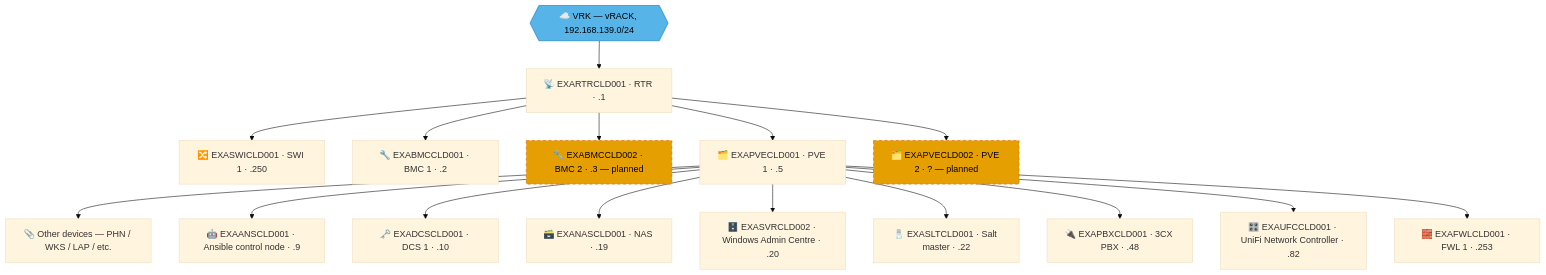
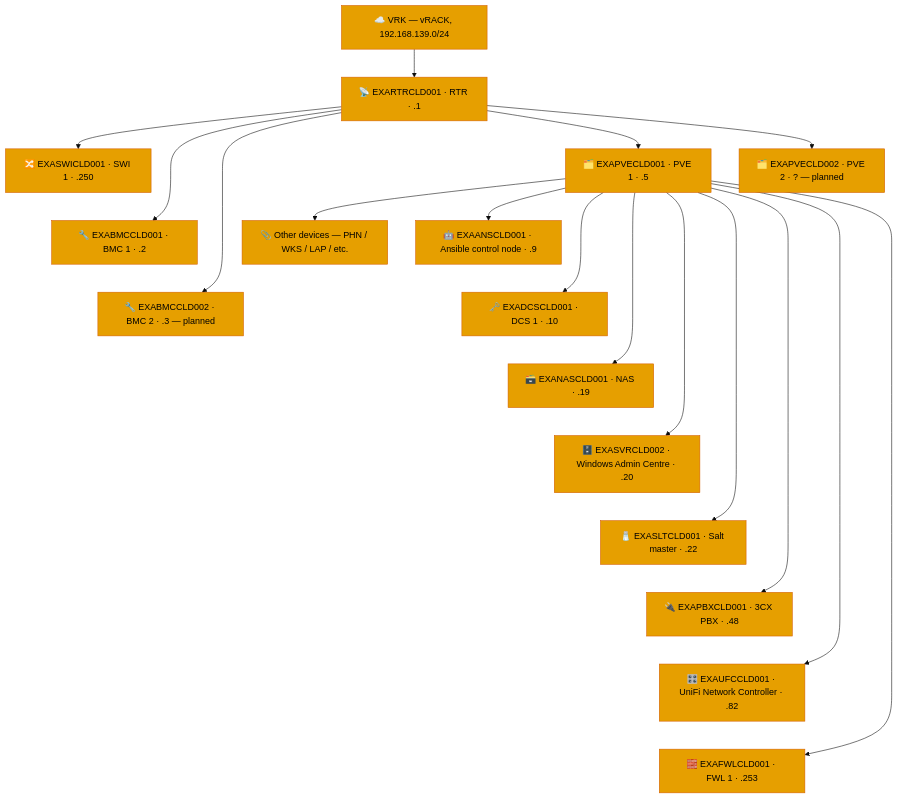
Before and after one commit to knightmare2600/example_music_infra: the second of 2 diagrams in docs/network-diagram/cld.md, drawn with Mermaid (base theme).

Commit message:
docs/network-diagram/cld.md: fix CLD topology sketch layout to stay narrow, not wide
Structure unchanged from the last confirmed-correct version. Added
invisible ranking edges (~~~) so BMC1/BMC2 and PVE1's whole fan-out
stack as vertical columns instead of spreading into one wide row --
matches how Robert actually drew it, avoids needing to zoom in/out to
read. Also dropped the hexagon shape on VRK and the dashed "planned"
borders -- neither was asked for, uniform plain boxes now like every
other node in the file.

````diff
--- a/docs/network-diagram/cld.md
+++ b/docs/network-diagram/cld.md
@@ -57,39 +57,61 @@
 ```mermaid
 graph TD
-    T_VRK{{"☁️ VRK — vRACK, 192.168.139.0/24"}}
+    T_VRK["☁️ VRK — vRACK, 192.168.139.0/24"]
     T_RTR["📡 EXARTRCLD001 · RTR · .1"]
     T_SWI["🔀 EXASWICLD001 · SWI 1 · .250"]
     T_BMC1["🔧 EXABMCCLD001 · BMC 1 · .2"]
     T_BMC2["🔧 EXABMCCLD002 · BMC 2 · .3 — planned"]
     T_PVE1["🗂️ EXAPVECLD001 · PVE 1 · .5"]
     T_PVE2["🗂️ EXAPVECLD002 · PVE 2 · ? — planned"]
     T_OTHER["📎 Other devices — PHN / WKS / LAP / etc."]
     T_ANS["🤖 EXAANSCLD001 · Ansible control node · .9"]
     T_DCS["🗝️ EXADCSCLD001 · DCS 1 · .10"]
     T_NAS["🗃️ EXANASCLD001 · NAS · .19"]
     T_SVR["🗄️ EXASVRCLD002 · Windows Admin Centre · .20"]
     T_SLT["🧂 EXASLTCLD001 · Salt master · .22"]
     T_PBX["🔌 EXAPBXCLD001 · 3CX PBX · .48"]
     T_UFC["🎛️ EXAUFCCLD001 · UniFi Network Controller · .82"]
     T_FWL["🧱 EXAFWLCLD001 · FWL 1 · .253"]
 
     T_VRK --> T_RTR
     T_RTR --> T_SWI
     T_RTR --> T_BMC1
     T_RTR --> T_BMC2
     T_RTR --> T_PVE1
     T_RTR --> T_PVE2
+    T_SWI ~~~ T_BMC1
+    T_BMC1 ~~~ T_BMC2
     T_PVE1 --> T_OTHER
     T_PVE1 --> T_ANS
+    T_ANS ~~~ T_DCS
     T_PVE1 --> T_DCS
+    T_DCS ~~~ T_NAS
     T_PVE1 --> T_NAS
+    T_NAS ~~~ T_SVR
     T_PVE1 --> T_SVR
+    T_SVR ~~~ T_SLT
     T_PVE1 --> T_SLT
+    T_SLT ~~~ T_PBX
     T_PVE1 --> T_PBX
+    T_PBX ~~~ T_UFC
     T_PVE1 --> T_UFC
+    T_UFC ~~~ T_FWL
     T_PVE1 --> T_FWL
 
-    style T_VRK fill:#56B4E9,stroke:#0072B2,color:#000000
-    style T_BMC2 fill:#E69F00,stroke:#D55E00,color:#000000,stroke-dasharray: 5 5
-    style T_PVE2 fill:#E69F00,stroke:#D55E00,color:#000000,stroke-dasharray: 5 5
+    style T_VRK fill:#E69F00,stroke:#D55E00,color:#000000
+    style T_RTR fill:#E69F00,stroke:#D55E00,color:#000000
+    style T_SWI fill:#E69F00,stroke:#D55E00,color:#000000
+    style T_BMC1 fill:#E69F00,stroke:#D55E00,color:#000000
+    style T_BMC2 fill:#E69F00,stroke:#D55E00,color:#000000
+    style T_PVE1 fill:#E69F00,stroke:#D55E00,color:#000000
+    style T_PVE2 fill:#E69F00,stroke:#D55E00,color:#000000
+    style T_OTHER fill:#E69F00,stroke:#D55E00,color:#000000
+    style T_ANS fill:#E69F00,stroke:#D55E00,color:#000000
+    style T_DCS fill:#E69F00,stroke:#D55E00,color:#000000
+    style T_NAS fill:#E69F00,stroke:#D55E00,color:#000000
+    style T_SVR fill:#E69F00,stroke:#D55E00,color:#000000
+    style T_SLT fill:#E69F00,stroke:#D55E00,color:#000000
+    style T_PBX fill:#E69F00,stroke:#D55E00,color:#000000
+    style T_UFC fill:#E69F00,stroke:#D55E00,color:#000000
+    style T_FWL fill:#E69F00,stroke:#D55E00,color:#000000
 ```
````
